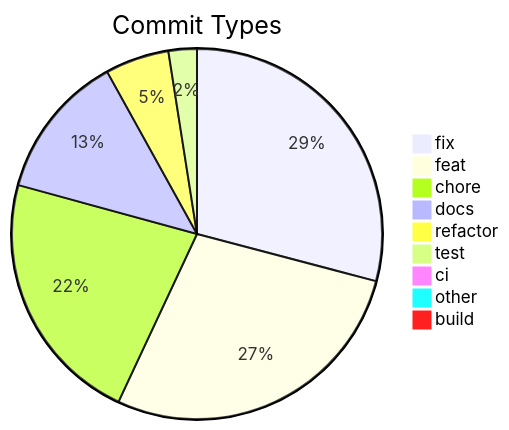
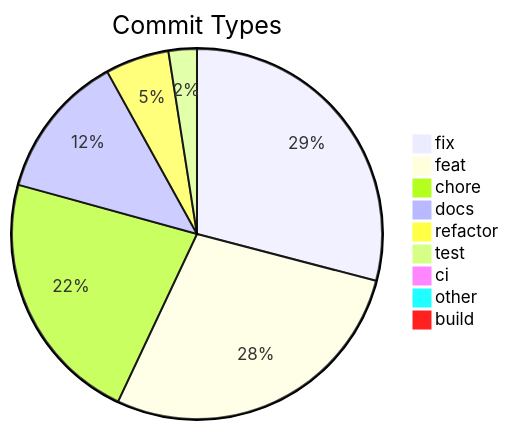
One commit to svenroth-ai/shipwright changed the diagram in .shipwright/compliance/change-history.md. Above: the diagram before and after it, drawn with Mermaid. The commit also changed other lines of this file and 34 other files, not shown here.

````diff
--- a/.shipwright/compliance/change-history.md
+++ b/.shipwright/compliance/change-history.md
@@ -8,12 +8,12 @@
 ```mermaid
 pie title Commit Types
     "fix" : 282
-    "feat" : 270
+    "feat" : 271
     "chore" : 216
     "docs" : 123
     "refactor" : 54
     "test" : 24
     "ci" : 7
     "other" : 7
     "build" : 1
 ```
````
